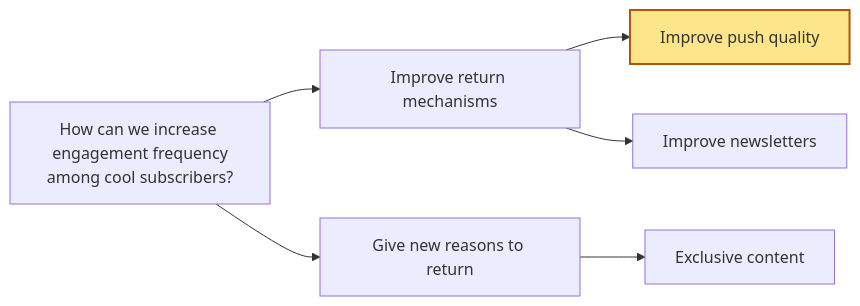
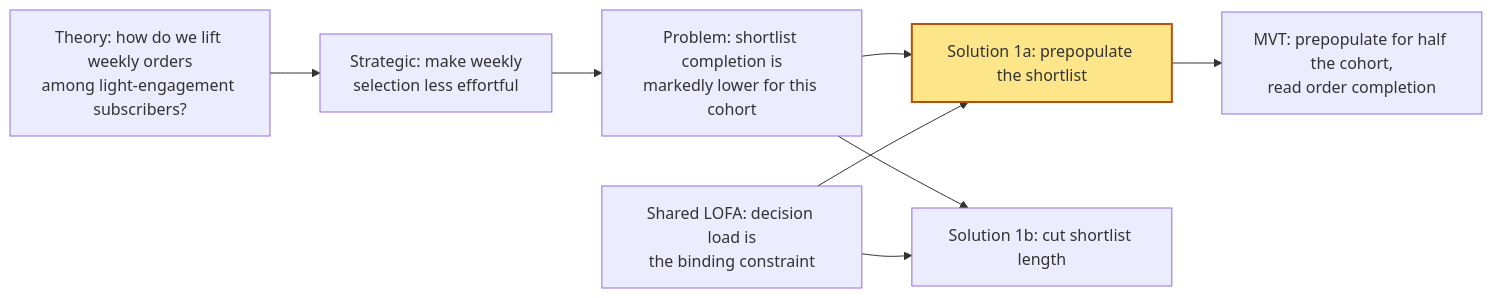
Before and after one commit to brubinsztein/strategic-experimentation-coach: the second of 2 diagrams in SKILL.md, drawn with Mermaid. The commit also changed other lines of this file and 5 other files, not shown here.

First line of the commit message:
feat: v1.0 re-base on Problem to Solution to MVT spine

````diff
--- a/SKILL.md
+++ b/SKILL.md
@@ -79,9 +109,11 @@
 ```mermaid
 graph LR
-    Q["How can we increase engagement frequency<br/>among cool subscribers?"] --> A["Improve return mechanisms"]
-    Q --> B["Give new reasons to return"]
-    A --> A1["Improve push quality"]:::priority
-    A --> A2["Improve newsletters"]
-    B --> B1["Exclusive content"]
+    T["Theory: how do we lift weekly orders<br/>among light-engagement subscribers?"] --> S["Strategic: make weekly<br/>selection less effortful"]
+    S --> P1["Problem: shortlist completion is<br/>markedly lower for this cohort"]
+    P1 --> Sol1["Solution 1a: prepopulate the shortlist"]:::priority
+    P1 --> Sol2["Solution 1b: cut shortlist length"]
+    L["Shared LOFA: decision load is<br/>the binding constraint"] --> Sol1
+    L --> Sol2
+    Sol1 --> M1["MVT: prepopulate for half the cohort,<br/>read order completion"]
     classDef priority fill:#fde68a,stroke:#b45309,stroke-width:2px;
 ```
````
